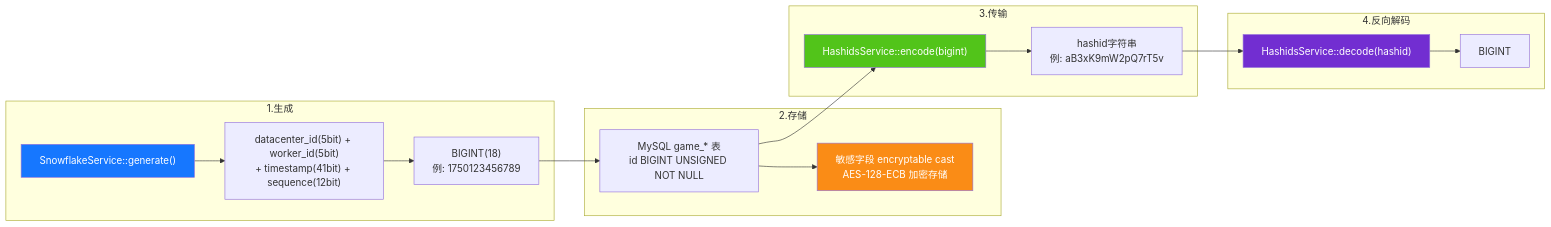
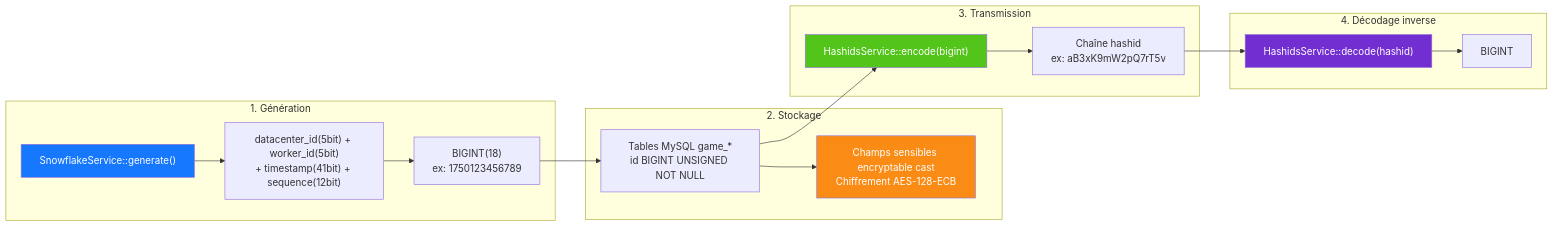
One commit to erikwang2013/game-platform-php changed the diagram in admin/docs/diagrams/06-id-lifecycle.fr.md. Above: the diagram before and after it, drawn with Mermaid. The commit also changed 211 other files, not shown here.

First line of the commit message:
fix: 支付配置读回类型根治、提现事件对账巡检，12 语族 mermaid 与 API 标签本地化

````diff
--- a/admin/docs/diagrams/06-id-lifecycle.fr.md
+++ b/admin/docs/diagrams/06-id-lifecycle.fr.md
@@ -7,32 +7,32 @@
 ```mermaid
 flowchart LR
-    subgraph gen["1.生成"]
+    subgraph gen["1. Génération"]
         g1["SnowflakeService::generate()"]
         g2["datacenter_id(5bit) + worker_id(5bit)<br/>+ timestamp(41bit) + sequence(12bit)"]
-        g3["BIGINT(18)<br/>例: 1750123456789"]
+        g3["BIGINT(18)<br/>ex: 1750123456789"]
         g1 --> g2 --> g3
     end
 
-    subgraph store["2.存储"]
-        s1["MySQL game_* 表<br/>id BIGINT UNSIGNED NOT NULL"]
-        s2["敏感字段 encryptable cast<br/>AES-128-ECB 加密存储"]
+    subgraph store["2. Stockage"]
+        s1["Tables MySQL game_*<br/>id BIGINT UNSIGNED NOT NULL"]
+        s2["Champs sensibles encryptable cast<br/>Chiffrement AES-128-ECB"]
         g3 --> s1 --> s2
     end
 
-    subgraph transfer["3.传输"]
+    subgraph transfer["3. Transmission"]
         t1["HashidsService::encode(bigint)"]
-        t2["hashid字符串<br/>例: aB3xK9mW2pQ7rT5v"]
+        t2["Chaîne hashid<br/>ex: aB3xK9mW2pQ7rT5v"]
         s1 --> t1 --> t2
     end
 
-    subgraph reverse["4.反向解码"]
+    subgraph reverse["4. Décodage inverse"]
         r1["HashidsService::decode(hashid)"]
         r2["BIGINT"]
         t2 --> r1 --> r2
     end
 
     style g1 fill:#1677FF,color:#fff
     style s2 fill:#FA8C16,color:#fff
     style t1 fill:#52C41A,color:#fff
     style r1 fill:#722ED1,color:#fff
 ```
````
